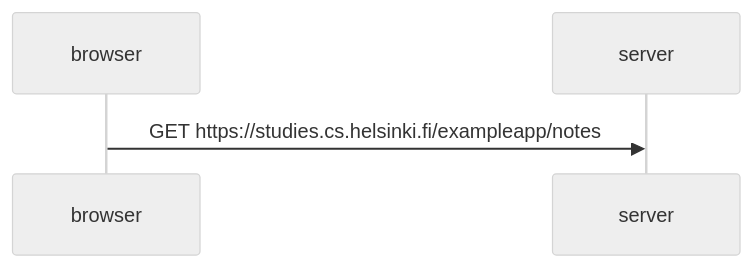
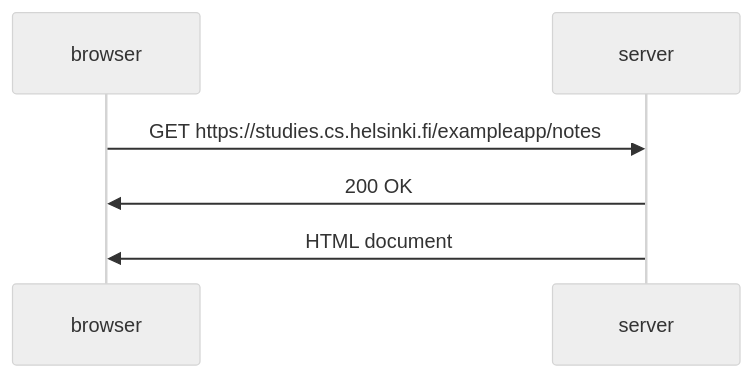
Before and after one commit to xj4v1x/fullstackopen: the diagram in part0/04_Nuevo_Diagrama_de_nota.md, drawn with Mermaid (neutral theme).

````diff
--- a/part0/04_Nuevo_Diagrama_de_nota.md
+++ b/part0/04_Nuevo_Diagrama_de_nota.md
@@ -1,10 +1,11 @@
 ```mermaid
 sequenceDiagram
     participant browser
     participant server
 
     browser->>server: GET https://studies.cs.helsinki.fi/exampleapp/notes
-    
+    server->>browser: 200 OK
+    server->>browser: HTML document
 
 
 ```
````
